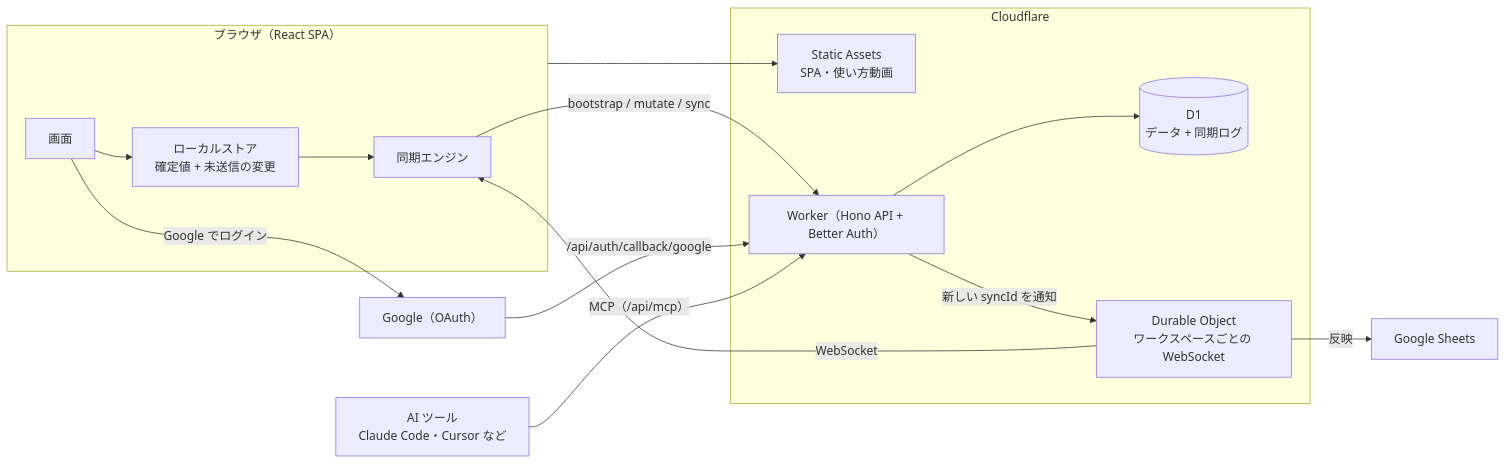
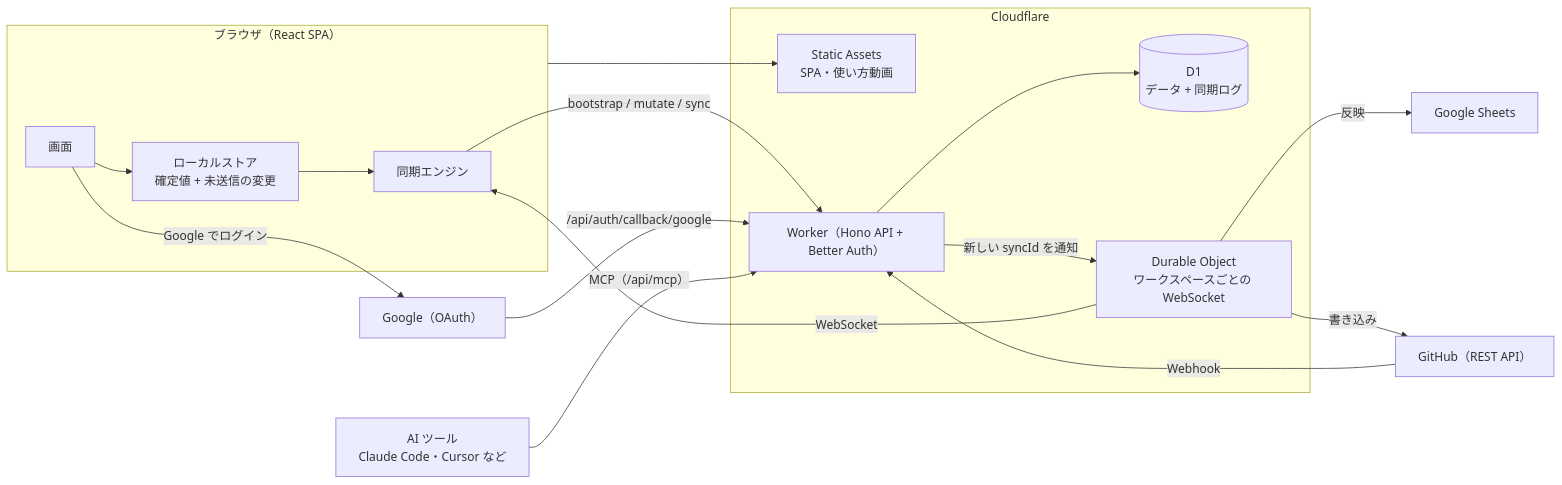
One commit to otomatty/sen changed the diagram in README.md. Above: the diagram before and after it, drawn with Mermaid. The commit also changed other lines of this file and 6 other files, not shown here.

First line of the commit message:
GitHub 連携の README と、GitHub 側の操作の行為者を直す

````diff
--- a/README.md
+++ b/README.md
@@ -137,21 +137,23 @@
 ```mermaid
 flowchart LR
   subgraph Browser["ブラウザ（React SPA）"]
     UI["画面"] --> Store["ローカルストア<br/>確定値 + 未送信の変更"]
     Store --> Engine["同期エンジン"]
   end
   subgraph CF["Cloudflare"]
     Assets["Static Assets<br/>SPA・使い方動画"]
     Worker["Worker（Hono API + Better Auth）"]
     D1[("D1<br/>データ + 同期ログ")]
     DO["Durable Object<br/>ワークスペースごとの WebSocket"]
   end
   Engine -- "bootstrap / mutate / sync" --> Worker
   UI -- "Google でログイン" --> Google["Google（OAuth）"] -- "/api/auth/callback/google" --> Worker
   AI["AI ツール<br/>Claude Code・Cursor など"] -- "MCP（/api/mcp）" --> Worker
   Worker --> D1
   Worker -- "新しい syncId を通知" --> DO
   DO -- "WebSocket" --> Engine
   DO -- "反映" --> GSheets["Google Sheets"]
+  DO -- "書き込み" --> GH["GitHub（REST API）"]
+  GH -- "Webhook" --> Worker
   Browser --> Assets
 ```
````
